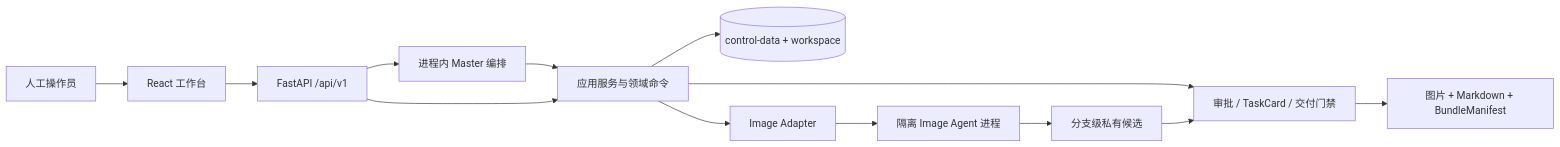
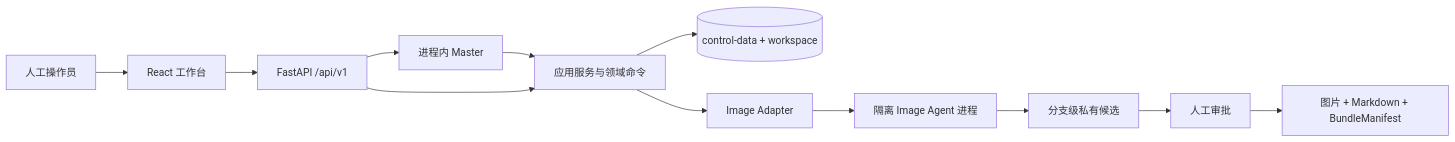
The diagram in README.md (HST314/agentic-design-harness), drawn with Mermaid before and after one commit. The commit also changed other lines of this file and 81 other files, not shown here.

Commit message:
Remove legacy configuration architecture

````diff
--- a/README.md
+++ b/README.md
@@ -20,15 +19,14 @@
 ```mermaid
 flowchart LR
     Human[人工操作员] --> Web[React 工作台]
-    Web --> API
-    API[FastAPI /api/v1] --> Master[进程内 Master 编排]
+    Web --> API[FastAPI /api/v1]
+    API --> Master[进程内 Master]
     Master --> Domain[应用服务与领域命令]
-    API --> Domain[应用服务与领域命令]
-    Domain --> Review[审批 / TaskCard / 交付门禁]
+    API --> Domain
     Domain --> Store[(control-data + workspace)]
     Domain --> Adapter[Image Adapter]
     Adapter --> Runtime[隔离 Image Agent 进程]
     Runtime --> Candidate[分支级私有候选]
-    Candidate --> Review
+    Candidate --> Review[人工审批]
     Review --> Shared[图片 + Markdown + BundleManifest]
 ```
````
